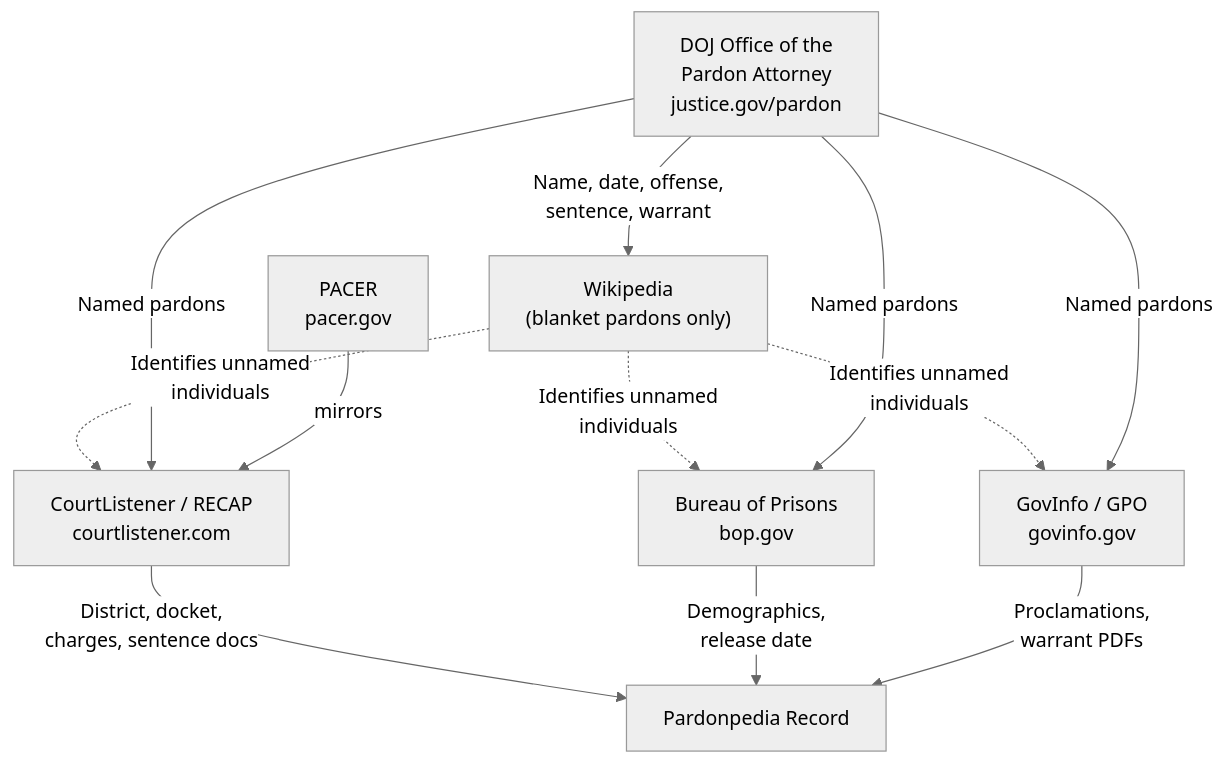
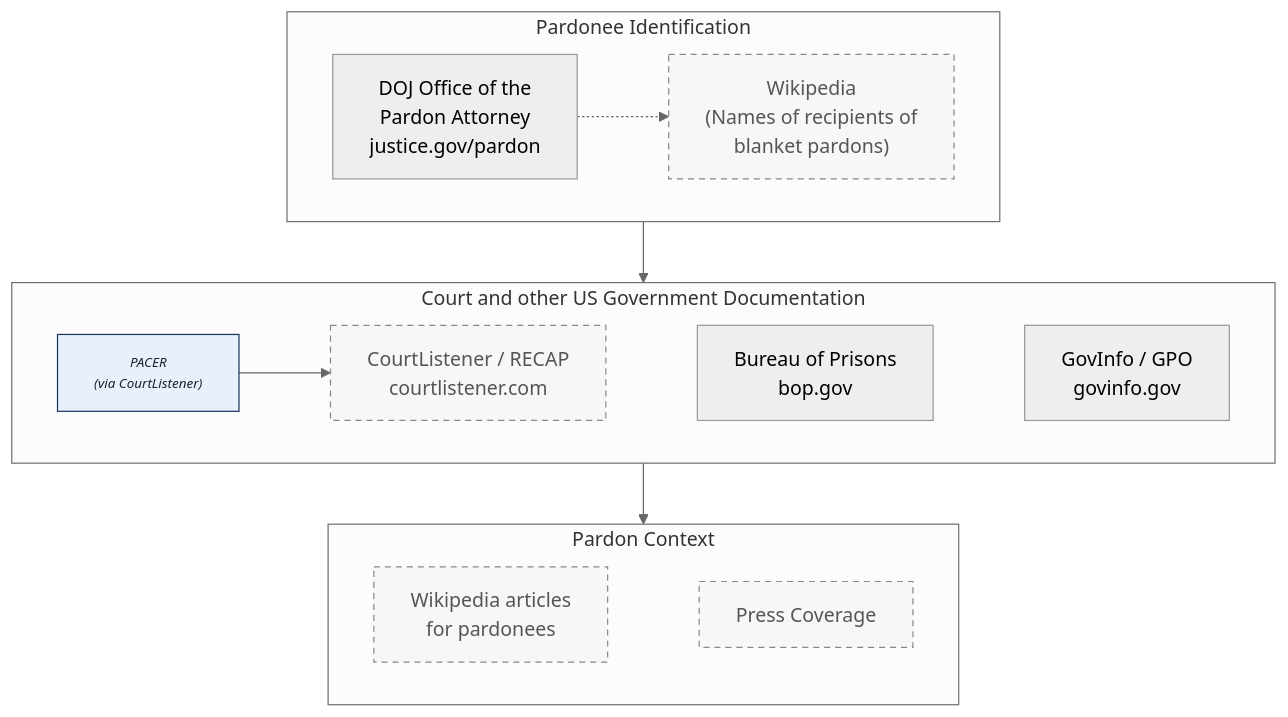
One commit to pardonpedia/pardonpedia changed the diagram in content/methodology.md. Above: the diagram before and after it, drawn with Mermaid (neutral theme). The commit also changed other lines of this file and 2 other files, not shown here.

Commit message:
Update data sources chart

````diff
--- a/content/methodology.md
+++ b/content/methodology.md
@@ -16,23 +16,32 @@
 ```mermaid
-flowchart TD
-    DOJ["DOJ Office of the\nPardon Attorney\njustice.gov/pardon"]
-    WIKI["Wikipedia\n(blanket pardons only)"]
-    CL["CourtListener / RECAP\ncourtlistener.com"]
-    BOP["Bureau of Prisons\nbop.gov"]
-    GOVINFO["GovInfo / GPO\ngovinfo.gov"]
-    PACER["PACER\npacer.gov"]
-    result["Pardonpedia Record"]
+flowchart TB
+    subgraph discovery [Pardonee Identification]
+        direction LR
+        DOJ["DOJ Office of the\nPardon Attorney\njustice.gov/pardon"] -.-> WIKI["Wikipedia\n(Names of recipients of\n blanket pardons)"]
+    end
+    subgraph usGovDocs [Court and other US Government Documentation]
+        direction LR
+        PACER["PACER\n(via CourtListener)"] --> CL["CourtListener / RECAP\ncourtlistener.com"] ~~~ BOP["Bureau of Prisons\nbop.gov"] ~~~ GOVINFO["GovInfo / GPO\ngovinfo.gov"]
+    end
+    subgraph context [Pardon Context]
+        direction LR
+        WIKIPEDIA["Wikipedia articles\n for pardonees"] ~~~ PRESS["Press Coverage"]
+    end
 
-    DOJ -->|"Name, date, offense,\nsentence, warrant"| WIKI
-    WIKI -.->|"Identifies unnamed\nindividuals"| CL
-    WIKI -.->|"Identifies unnamed\nindividuals"| BOP
-    WIKI -.->|"Identifies unnamed\nindividuals"| GOVINFO
-    DOJ -->|"Named pardons"| CL
-    DOJ -->|"Named pardons"| BOP
-    DOJ -->|"Named pardons"| GOVINFO
-    PACER -->|mirrors| CL
+    discovery --> usGovDocs
+    usGovDocs --> context
 
-    CL -->|"District, docket,\ncharges, sentence docs"| result
-    BOP -->|"Demographics,\nrelease date"| result
-    GOVINFO -->|"Proclamations,\nwarrant PDFs"| result
+    click DOJ "https://www.justice.gov/pardon/clemency-recipients" _blank
+    click WIKI "https://en.wikipedia.org/wiki/List_of_people_pardoned_or_granted_clemency_by_the_president_of_the_United_States" _blank
+    click PACER "https://pacer.uscourts.gov" _blank
+    click CL "https://www.courtlistener.com" _blank
+    click BOP "https://www.bop.gov/inmateloc/" _blank
+    click GOVINFO "https://www.govinfo.gov" _blank
+    click WIKIPEDIA "https://en.wikipedia.org" _blank
+
+    classDef secondary fill:#f7f7f7,stroke:#888,stroke-dasharray:5 4,color:#555
+    class WIKI,WIKIPEDIA,PRESS,CL secondary
+
+    classDef tertiary fill:#e8f0fe,stroke:#1a365d,color:#1a202c,font-size:11px,font-style:italic
+    class PACER tertiary
 ```
````
